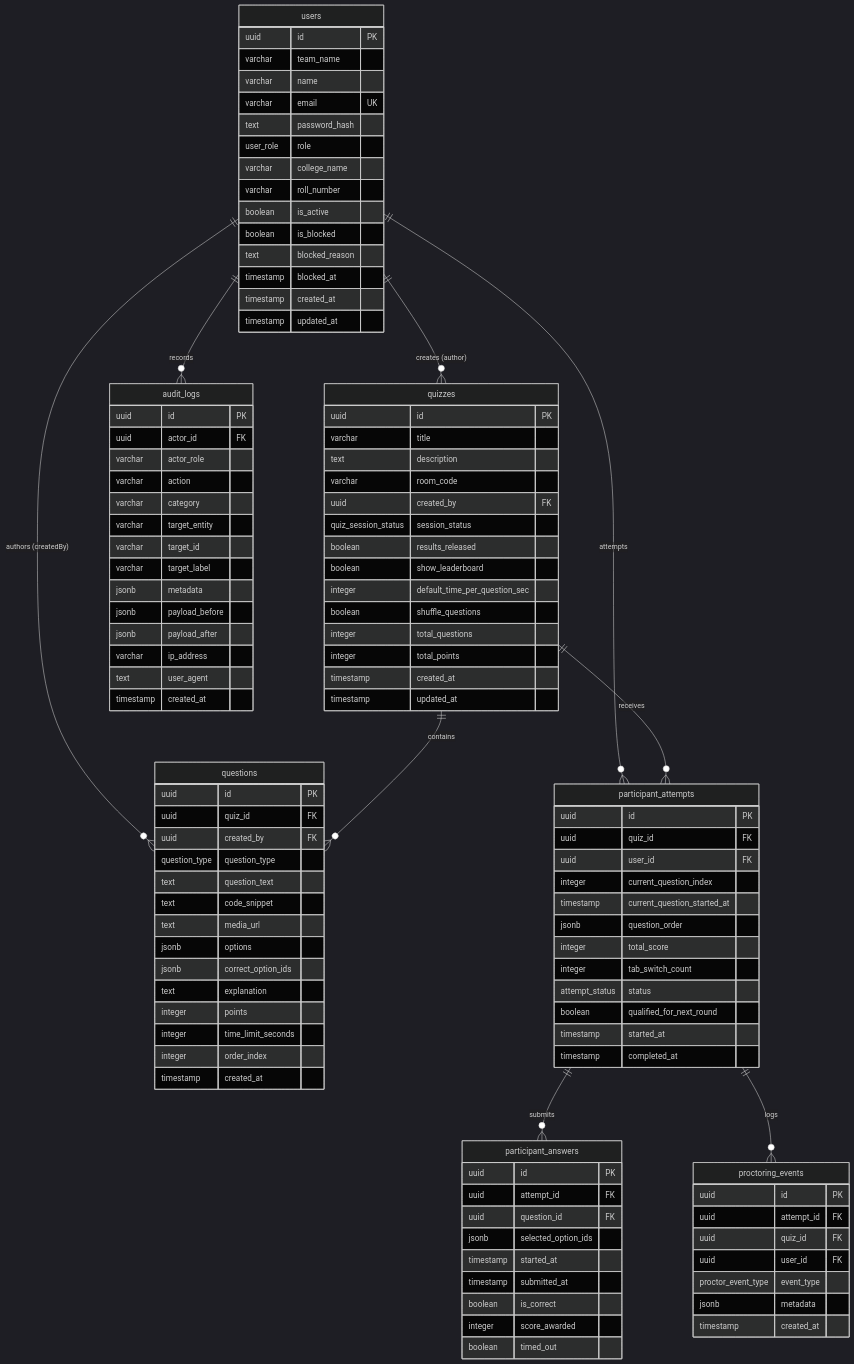
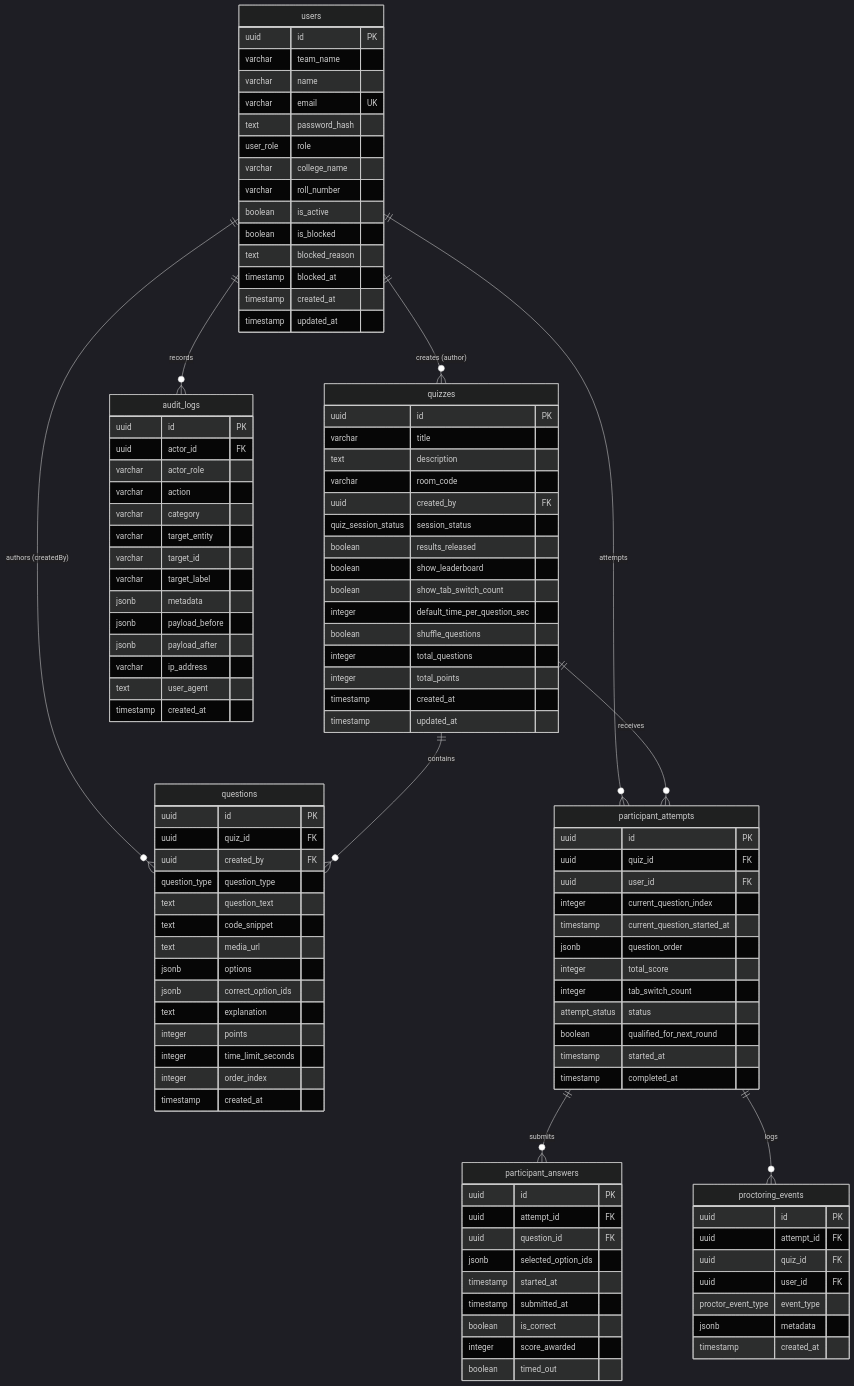
Before and after one commit to Dunston-Chiro/Quizzler: the second of 3 diagrams in docs/ARCHITECTURE.md, drawn with Mermaid (dark theme). The commit also changed other lines of this file and 2 other files, not shown here.

Commit message:
docs: update architecture, prd, and implementation plan for proctor visibility toggle

```diff
--- a/docs/ARCHITECTURE.md
+++ b/docs/ARCHITECTURE.md
@@ -104,6 +104,7 @@
         quiz_session_status session_status
         boolean results_released
         boolean show_leaderboard
+        boolean show_tab_switch_count
         integer default_time_per_question_sec
         boolean shuffle_questions
         integer total_questions
```
